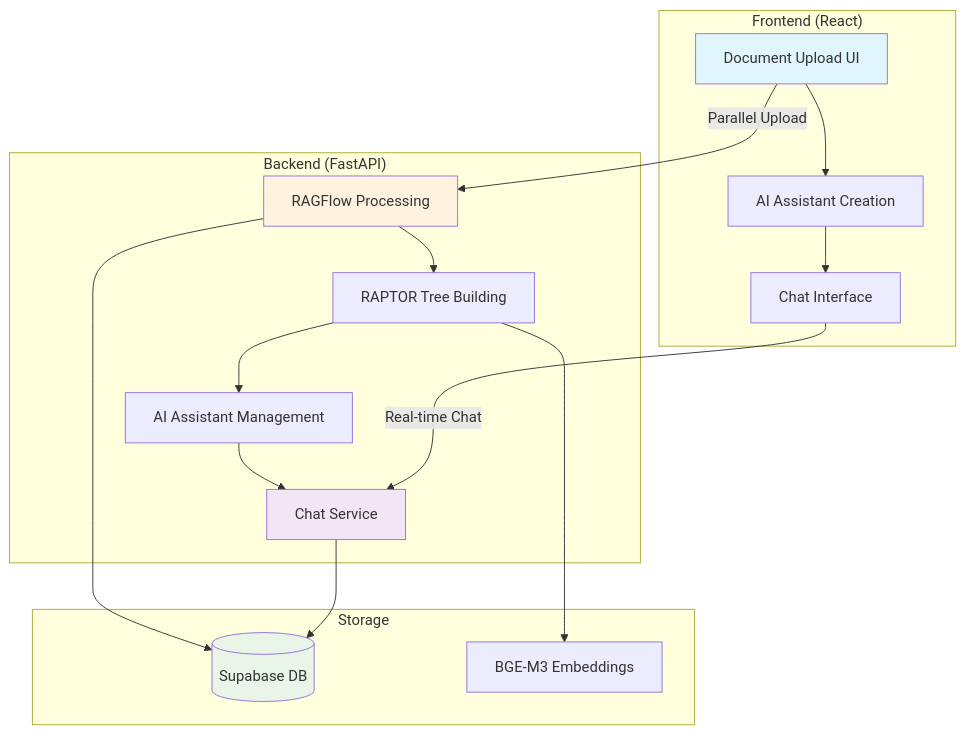
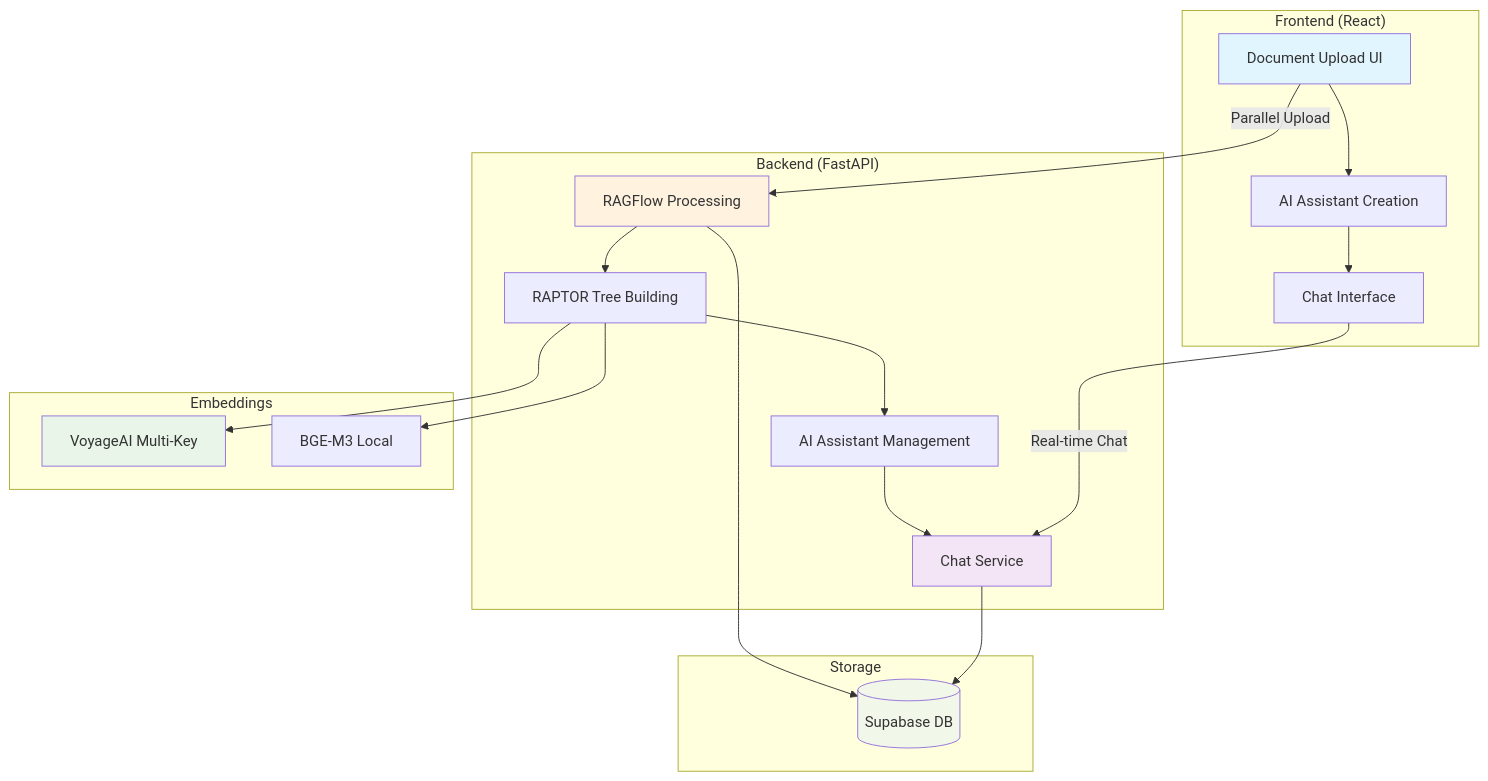
One commit to khoahuyn/Rsptor changed the diagram in README.md. Above: the diagram before and after it, drawn with Mermaid. The commit also changed other lines of this file and 29 other files, not shown here.

````diff
--- a/README.md
+++ b/README.md
@@ -33,29 +33,35 @@
 ```mermaid
 flowchart TD
     subgraph "Frontend (React)"
         A[Document Upload UI] --> B[AI Assistant Creation]
         B --> C[Chat Interface]
     end
     
     subgraph "Backend (FastAPI)"
         D[RAGFlow Processing] --> E[RAPTOR Tree Building]
         E --> F[AI Assistant Management]
         F --> G[Chat Service]
     end
     
+    subgraph "Embeddings"
+        H[VoyageAI Multi-Key]
+        I[BGE-M3 Local]
+    end
+    
     subgraph "Storage"
-        H[(Supabase DB)]
-        I[BGE-M3 Embeddings]
+        J[(Supabase DB)]
     end
     
     A -->|Parallel Upload| D
-    D --> H
+    D --> J
+    E --> H
     E --> I
-    G --> H
+    G --> J
     C -->|Real-time Chat| G
     
     style A fill:#e1f5fe
     style D fill:#fff3e0
     style G fill:#f3e5f5
     style H fill:#e8f5e8
+    style J fill:#f1f8e9
 ```
````
